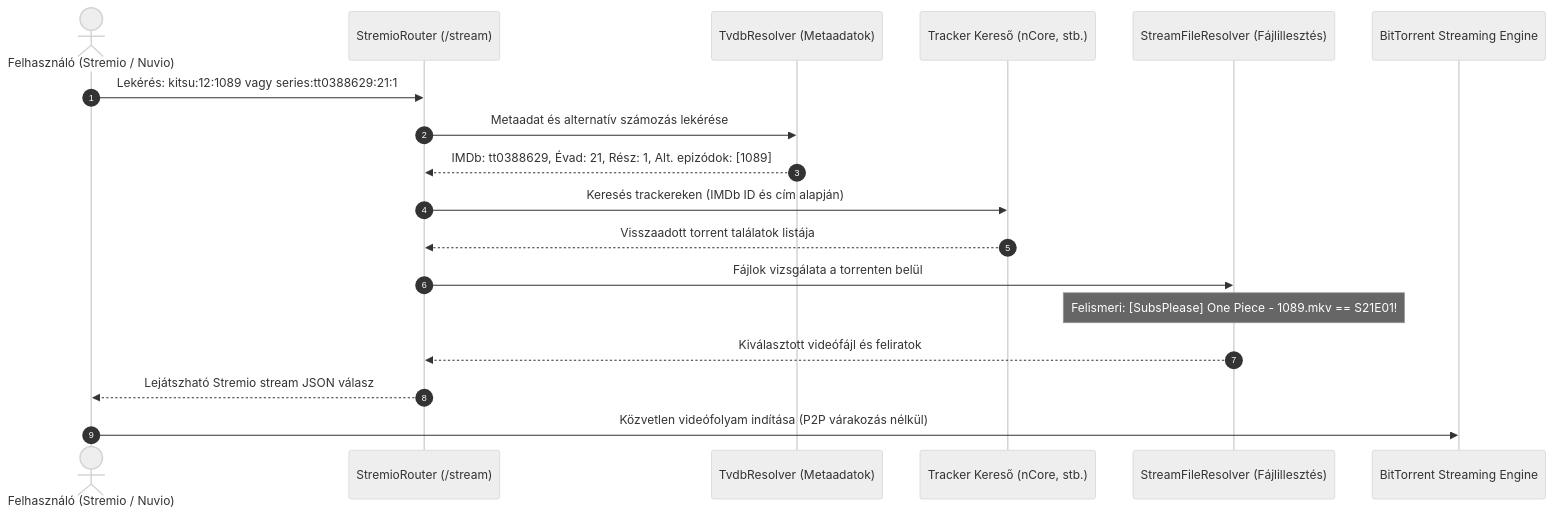
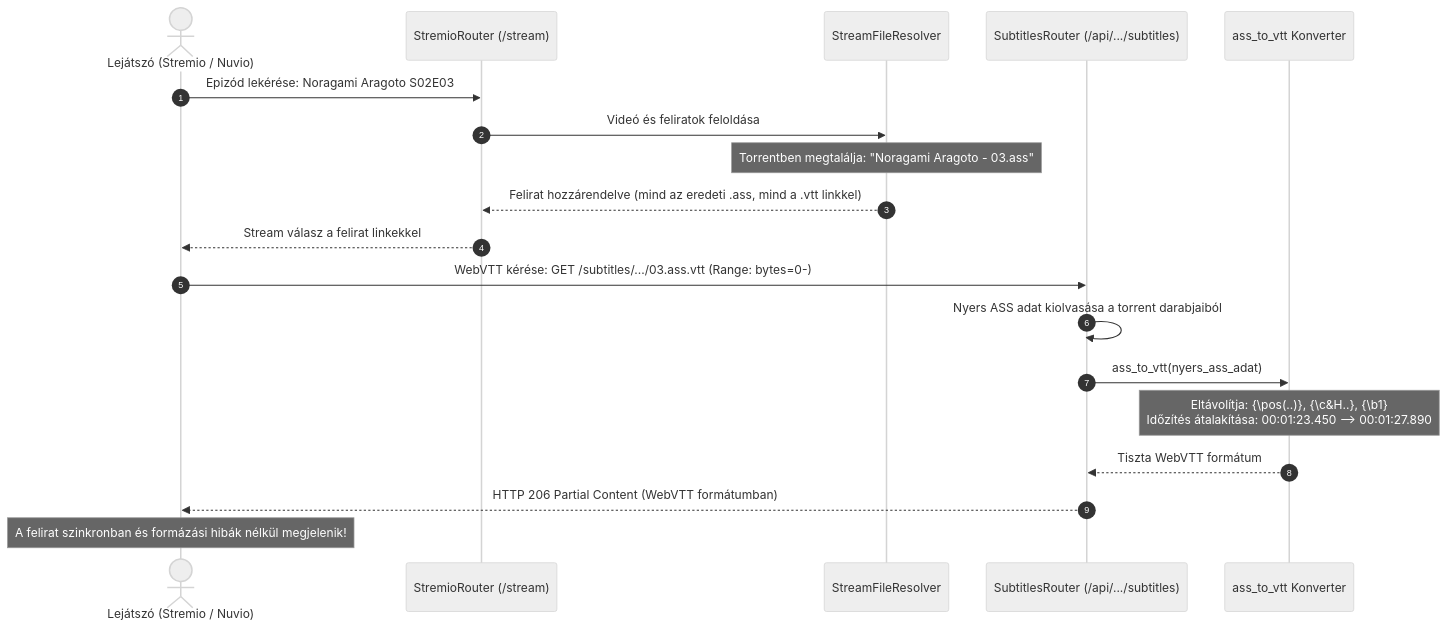
One commit to Levfero/stremhu-source-VibeCodedEdition changed the second of 2 diagrams in README.md. Above: the diagram before and after it, drawn with Mermaid (neutral theme). The commit also changed other lines of this file, not shown here.

Commit message:
docs: streamline README to focus strictly on subtitles extraction, streaming, and WebVTT conversion

````diff
--- a/README.md
+++ b/README.md
@@ -88,21 +105,23 @@
 ```mermaid
 sequenceDiagram
     autonumber
-    actor User as Felhasználó (Stremio / Nuvio)
+    actor Player as Lejátszó (Stremio / Nuvio)
     participant API as StremioRouter (/stream)
-    participant TVDB as TvdbResolver (Metaadatok)
-    participant Indexer as Tracker Kereső (nCore, stb.)
-    participant Resolver as StreamFileResolver (Fájlillesztés)
-    participant Engine as BitTorrent Streaming Engine
+    participant Resolver as StreamFileResolver
+    participant SubRouter as SubtitlesRouter (/api/.../subtitles)
+    participant Converter as ass_to_vtt Konverter
 
-    User->>API: Lekérés: kitsu:12:1089 vagy series:tt0388629:21:1
-    API->>TVDB: Metaadat és alternatív számozás lekérése
-    TVDB-->>API: IMDb: tt0388629, Évad: 21, Rész: 1, Alt. epizódok: [1089]
-    API->>Indexer: Keresés trackereken (IMDb ID és cím alapján)
-    Indexer-->>API: Visszaadott torrent találatok listája
-    API->>Resolver: Fájlok vizsgálata a torrenten belül
-    Note over Resolver: Felismeri: [SubsPlease] One Piece - 1089.mkv == S21E01!
-    Resolver-->>API: Kiválasztott videófájl és feliratok
-    API-->>User: Lejátszható Stremio stream JSON válasz
-    User->>Engine: Közvetlen videófolyam indítása (P2P várakozás nélkül)
+    Player->>API: Epizód lekérése: Noragami Aragoto S02E03
+    API->>Resolver: Videó és feliratok feloldása
+    Note over Resolver: Torrentben megtalálja: "Noragami Aragoto - 03.ass"
+    Resolver-->>API: Felirat hozzárendelve (mind az eredeti .ass, mind a .vtt linkkel)
+    API-->>Player: Stream válasz a felirat linkekkel
+    
+    Player->>SubRouter: WebVTT kérése: GET /subtitles/.../03.ass.vtt (Range: bytes=0-)
+    SubRouter->>SubRouter: Nyers ASS adat kiolvasása a torrent darabjaiból
+    SubRouter->>Converter: ass_to_vtt(nyers_ass_adat)
+    Note over Converter: Eltávolítja: {\pos(..)}, {\c&H..}, {\b1}<br/>Időzítés átalakítása: 00:01:23.450 --> 00:01:27.890
+    Converter-->>SubRouter: Tiszta WebVTT formátum
+    SubRouter-->>Player: HTTP 206 Partial Content (WebVTT formátumban)
+    Note over Player: A felirat szinkronban és formázási hibák nélkül megjelenik!
 ```
````
